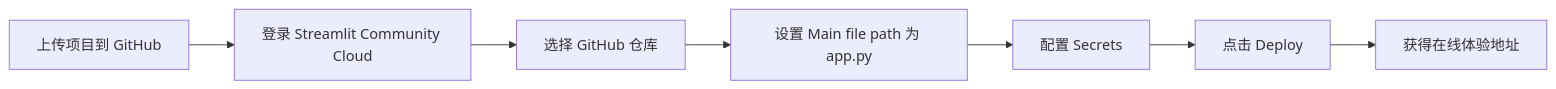
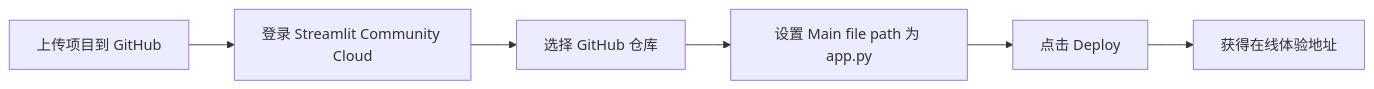
One commit to liqinglq666/Yuejian-Feiyi-Agent changed the fourth of 6 diagrams in README.md. Above: the diagram before and after it, drawn with Mermaid. The commit also changed other lines of this file and 2 other files, not shown here.

````diff
--- a/README.md
+++ b/README.md
@@ -282,9 +383,8 @@
 ```mermaid
 flowchart LR
     A[上传项目到 GitHub] --> B[登录 Streamlit Community Cloud]
     B --> C[选择 GitHub 仓库]
     C --> D[设置 Main file path 为 app.py]
-    D --> E[配置 Secrets]
-    E --> F[点击 Deploy]
-    F --> G[获得在线体验地址]
+    D --> E[点击 Deploy]
+    E --> F[获得在线体验地址]
 ```
````
